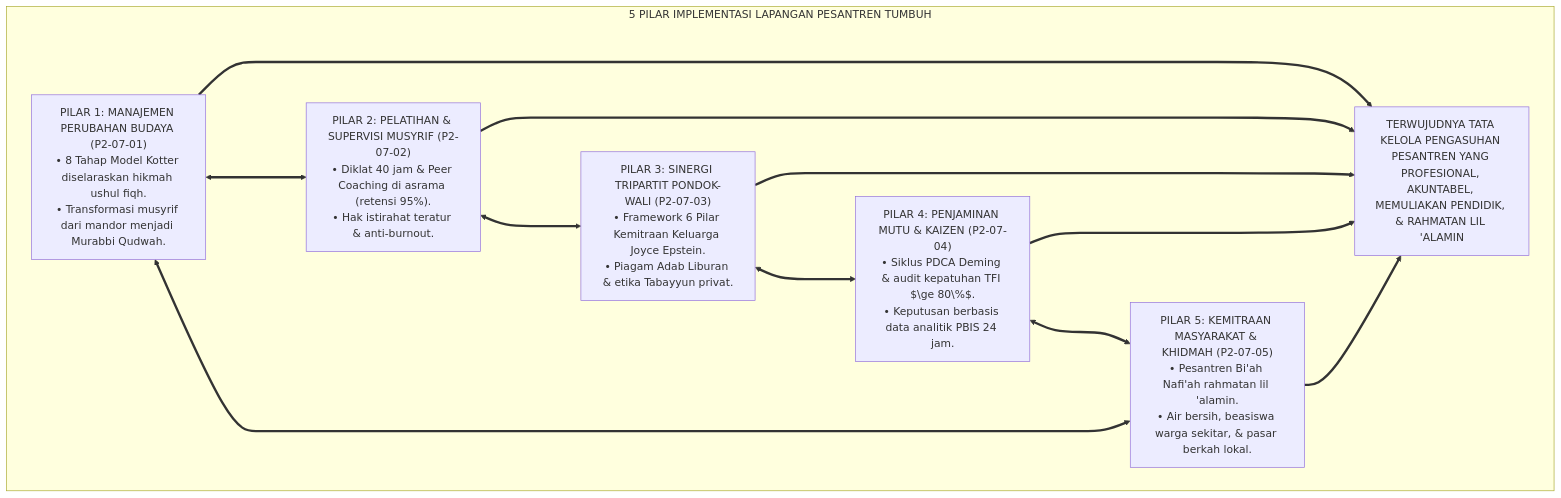
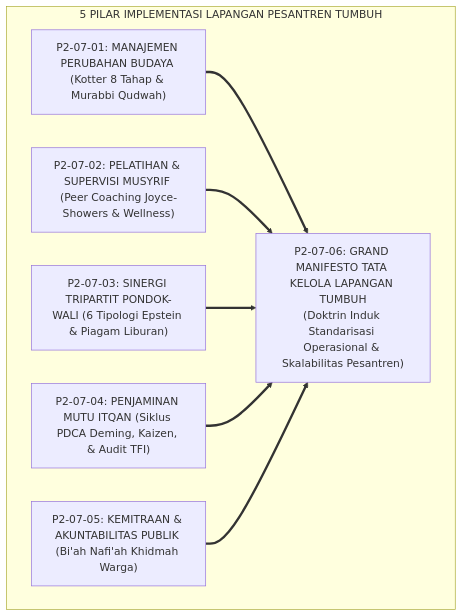
One commit to wandiapriliyandi/tumbuh changed the first of 2 diagrams in 02 Principles/07 Implementation Principles/P2-07-06-Sintesis-Implementation-Principles-TUMBUH.md. Above: the diagram before and after it, drawn with Mermaid. The commit also changed other lines of this file and 6 other files, not shown here.

````diff
--- a/02 Principles/07 Implementation Principles/P2-07-06-Sintesis-Implementation-Principles-TUMBUH.md
+++ b/02 Principles/07 Implementation Principles/P2-07-06-Sintesis-Implementation-Principles-TUMBUH.md
@@ -56,24 +56,14 @@
 ```mermaid
 flowchart TD
     subgraph ArsitekturSintesisImplementationPrinciples["5 PILAR IMPLEMENTASI LAPANGAN PESANTREN TUMBUH"]
-        P1["PILAR 1: MANAJEMEN PERUBAHAN BUDAYA (P2-07-01)<br/>• 8 Tahap Model Kotter diselaraskan hikmah ushul fiqh.<br/>• Transformasi musyrif dari mandor menjadi Murabbi Qudwah."]
+        P1["P2-07-01: MANAJEMEN PERUBAHAN BUDAYA (Kotter 8 Tahap & Murabbi Qudwah)"]
+        P2["P2-07-02: PELATIHAN & SUPERVISI MUSYRIF (Peer Coaching Joyce-Showers & Wellness)"]
+        P3["P2-07-03: SINERGI TRIPARTIT PONDOK-WALI (6 Tipologi Epstein & Piagam Liburan)"]
+        P4["P2-07-04: PENJAMINAN MUTU ITQAN (Siklus PDCA Deming, Kaizen, & Audit TFI)"]
+        P5["P2-07-05: KEMITRAAN & AKUNTABILITAS PUBLIK (Bi'ah Nafi'ah Khidmah Warga)"]
         
-        P2["PILAR 2: PELATIHAN & SUPERVISI MUSYRIF (P2-07-02)<br/>• Diklat 40 jam & Peer Coaching di asrama (retensi 95%).<br/>• Hak istirahat teratur & anti-burnout."]
+        ManifestoInduk["P2-07-06: GRAND MANIFESTO TATA KELOLA LAPANGAN TUMBUH<br/>(Doktrin Induk Standarisasi Operasional & Skalabilitas Pesantren)"]
         
-        P3["PILAR 3: SINERGI TRIPARTIT PONDOK-WALI (P2-07-03)<br/>• Framework 6 Pilar Kemitraan Keluarga Joyce Epstein.<br/>• Piagam Adab Liburan & etika Tabayyun privat."]
-        
-        P4["PILAR 4: PENJAMINAN MUTU & KAIZEN (P2-07-04)<br/>• Siklus PDCA Deming & audit kepatuhan TFI $\ge 80\%$.<br/>• Keputusan berbasis data analitik PBIS 24 jam."]
-        
-        P5["PILAR 5: KEMITRAAN MASYARAKAT & KHIDMAH (P2-07-05)<br/>• Pesantren Bi'ah Nafi'ah rahmatan lil 'alamin.<br/>• Air bersih, beasiswa warga sekitar, & pasar berkah lokal."]
-        
-        P1 <===> P2
-        P2 <===> P3
-        P3 <===> P4
-        P4 <===> P5
-        P5 <===> P1
-        
-        Pusat["TERWUJUDNYA TATA KELOLA PENGASUHAN PESANTREN YANG PROFESIONAL, AKUNTABEL, MEMULIAKAN PENDIDIK, & RAHMATAN LIL 'ALAMIN"]
-        
-        P1 & P2 & P3 & P4 & P5 ==> Pusat
+        P1 & P2 & P3 & P4 & P5 ==> ManifestoInduk
     end
 ```
````
